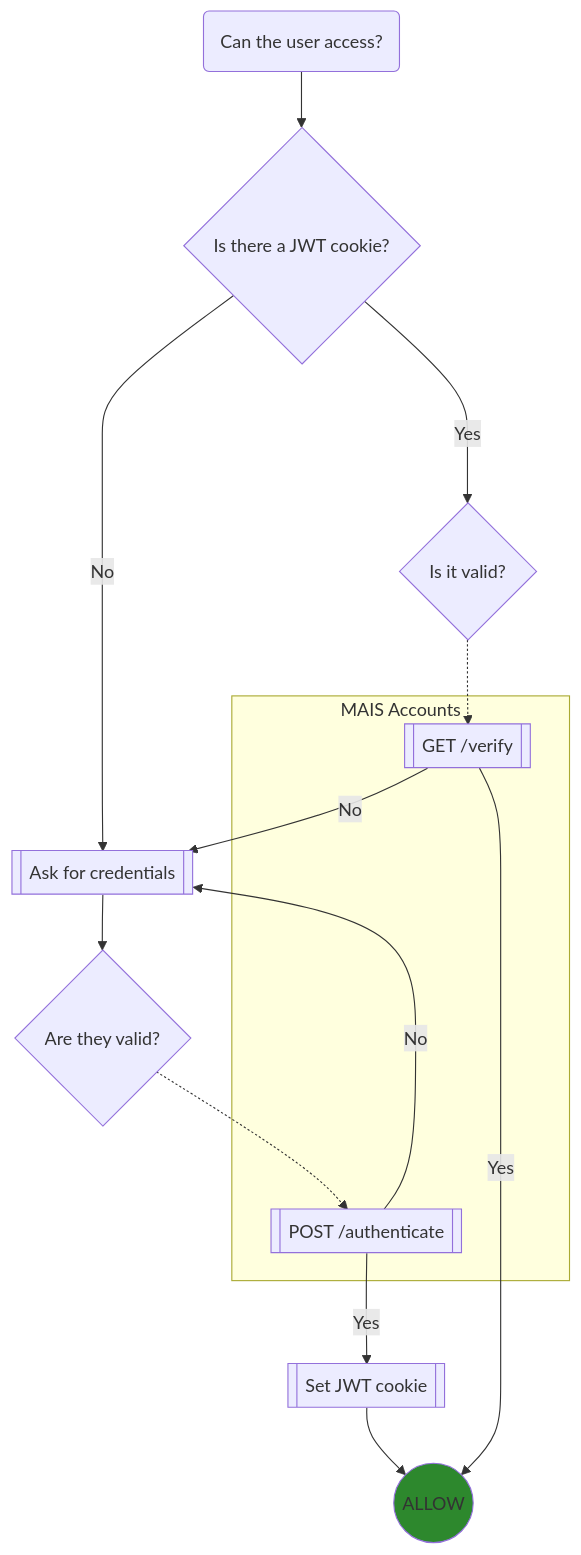
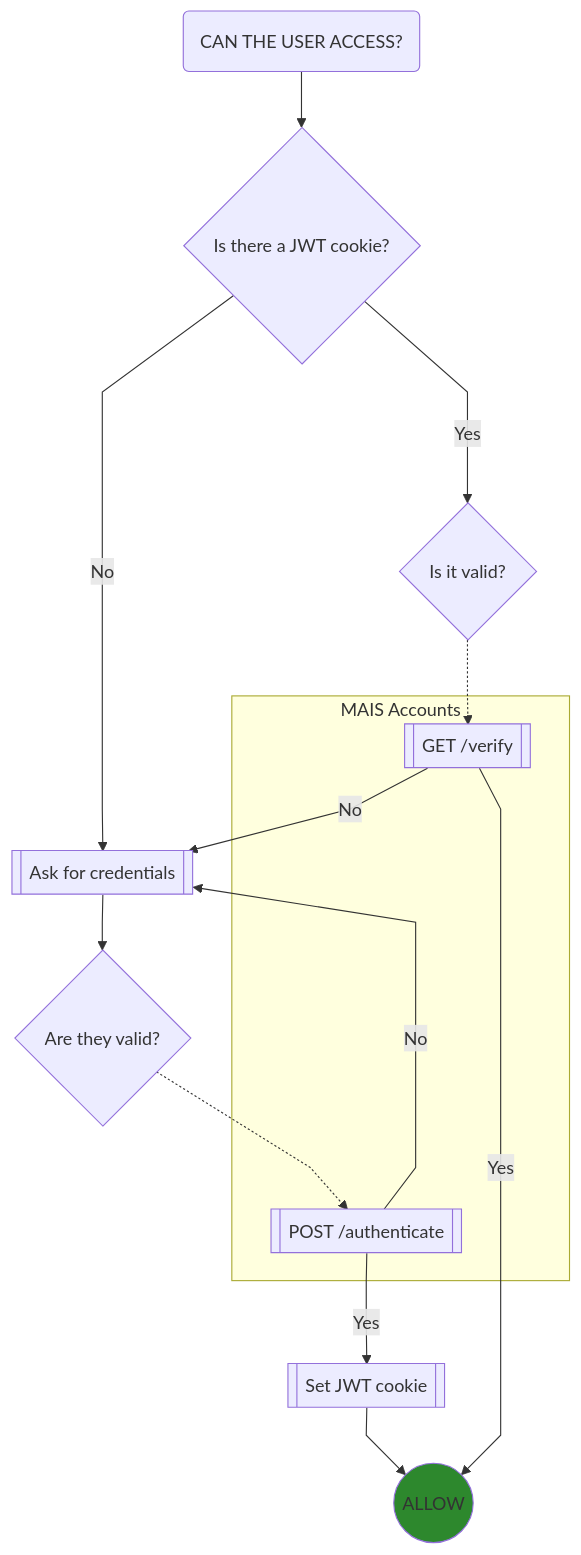
The diagram in README.md (metabronx/mais-access), drawn with Mermaid before and after one commit.

Commit message:
docs: flowchart line style

````diff
--- a/README.md
+++ b/README.md
@@ -15,21 +15,23 @@
 ```mermaid
+%%{init: { "flowchart": { "curve": "linear" } } }%%
 flowchart TD
-    A(Can the user access?) --> B{Is there a JWT cookie?}
+    A(CAN THE USER ACCESS?) --> B{Is there a JWT cookie?}
     B -- No --> C[[Ask for credentials]]
     B -- Yes ---> D{Is it valid?}
     C --> E{Are they valid?}
 
     subgraph MAIS Accounts
     AA[[GET /verify]]
     BB[[POST /authenticate]]
     end
 
     D -.-> AA
     E -.-> BB
 
     AA -- No -->C
     BB -- No -->C
     BB -- Yes --> F[[Set JWT cookie]] --> G
     AA -- Yes --> G((ALLOW))
+    
     style G fill:#2D882D
 ```
````
